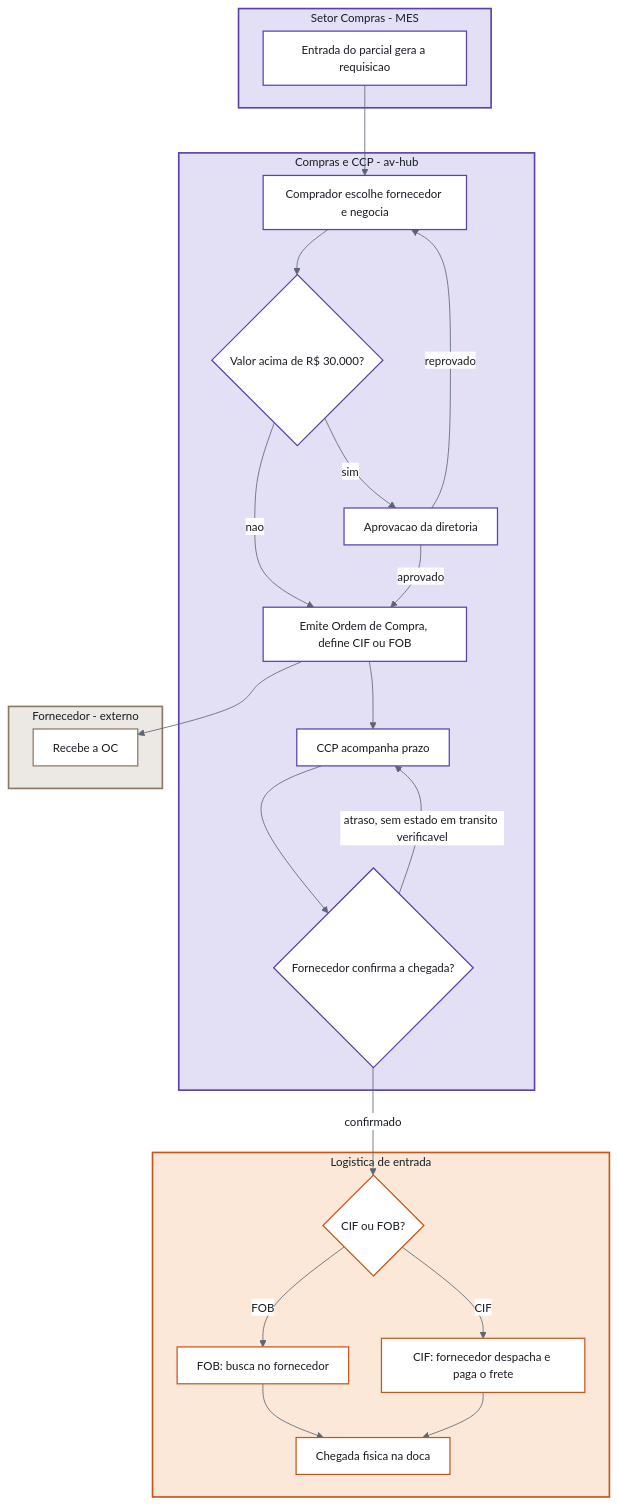
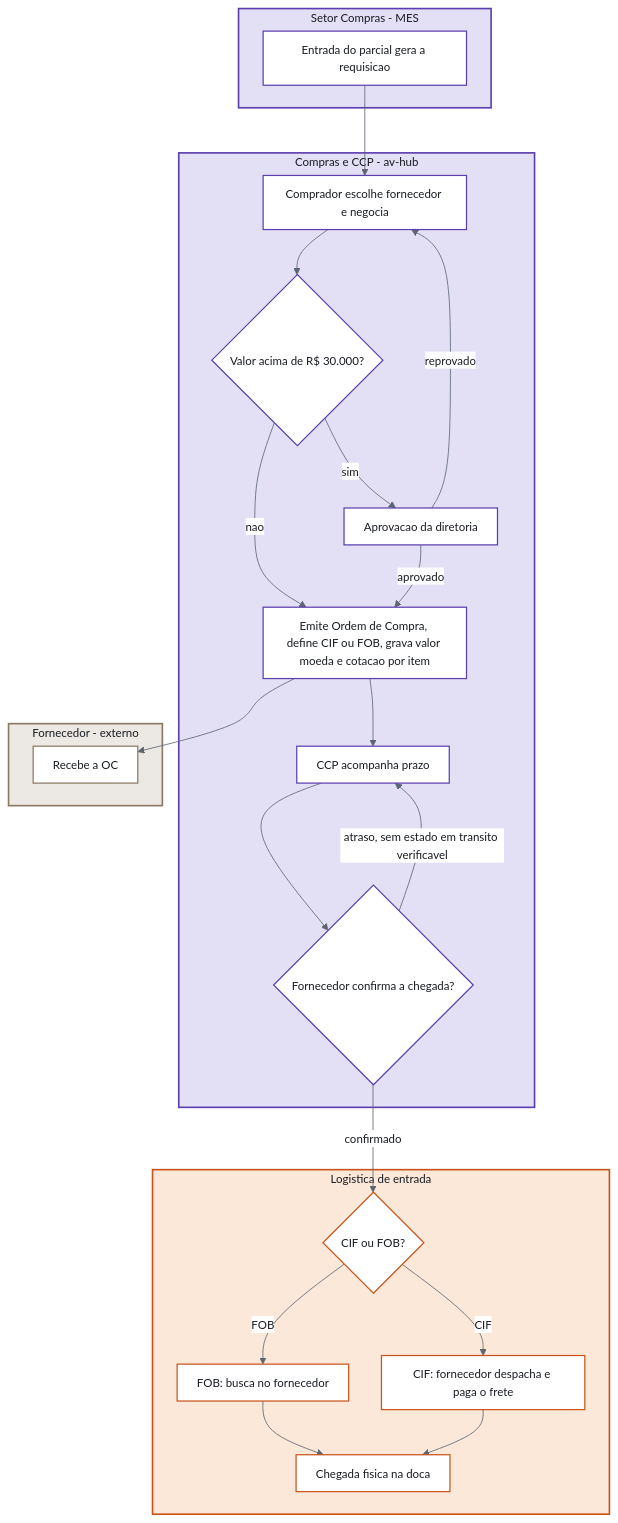
The second of 6 diagrams in 01-Fluxo-Operacional/Fluxogramas-Completos.md (Acosvital/vault-avhub-mer), drawn with Mermaid before and after one commit. The commit also changed other lines of this file and 7 other files, not shown here.

First line of the commit message:
docs(vault): custo do lote nos fluxogramas, fluxos de Compras/Recebimento/Estoque, UML e Rota-Revenda

````diff
--- a/01-Fluxo-Operacional/Fluxogramas-Completos.md
+++ b/01-Fluxo-Operacional/Fluxogramas-Completos.md
@@ -227,59 +229,59 @@
 ```mermaid
 %%{init: {'theme': 'base', 'themeVariables': {'primaryColor': '#ffffff', 'primaryTextColor': '#181c22', 'primaryBorderColor': '#33475a', 'lineColor': '#5c6570', 'fontFamily': 'Source Sans 3, sans-serif', 'fontSize': '14px', 'edgeLabelBackground': '#ffffff', 'textColor': '#181c22'}, 'flowchart': {'nodeSpacing': 40, 'rankSpacing': 55, 'padding': 12}}}%%
 flowchart TD
     subgraph SEC_PCP[Setor Compras - MES]
         A[Entrada do parcial gera a requisicao]
     end
 
     subgraph SEC_COMPRAS[Compras e CCP - av-hub]
         B[Comprador escolhe fornecedor e negocia]
         C{Valor acima de R$ 30.000?}
         D[Aprovacao da diretoria]
-        E[Emite Ordem de Compra, define CIF ou FOB]
+        E[Emite Ordem de Compra, define CIF ou FOB, grava valor moeda e cotacao por item]
         H[CCP acompanha prazo]
         I{Fornecedor confirma a chegada?}
         B --> C
         C -->|sim| D
         C -->|nao| E
         D -->|aprovado| E
         D -->|reprovado| B
         E --> H
         H --> I
         I -->|atraso, sem estado em transito verificavel| H
     end
 
     subgraph SEC_FORN[Fornecedor - externo]
         G[Recebe a OC]
     end
 
     subgraph SEC_LOG[Logistica de entrada]
         J{CIF ou FOB?}
         K[FOB: busca no fornecedor]
         L[CIF: fornecedor despacha e paga o frete]
         M[Chegada fisica na doca]
         J -->|FOB| K --> M
         J -->|CIF| L --> M
     end
 
     A --> B
     E --> G
     I -->|confirmado| J
 
     style SEC_PCP fill:#e3e0f5,stroke:#5b3fae,stroke-width:2px,color:#181c22
     style SEC_COMPRAS fill:#e3e0f5,stroke:#5b3fae,stroke-width:2px,color:#181c22
     style SEC_FORN fill:#ece8e3,stroke:#8a7a63,stroke-width:2px,color:#181c22
     style SEC_LOG fill:#fbe8d9,stroke:#c9541a,stroke-width:2px,color:#181c22
 
     style A fill:#ffffff,stroke:#5b3fae,stroke-width:1.5px,color:#181c22
     style B fill:#ffffff,stroke:#5b3fae,stroke-width:1.5px,color:#181c22
     style C fill:#ffffff,stroke:#5b3fae,stroke-width:1.5px,color:#181c22
     style D fill:#ffffff,stroke:#5b3fae,stroke-width:1.5px,color:#181c22
     style E fill:#ffffff,stroke:#5b3fae,stroke-width:1.5px,color:#181c22
     style H fill:#ffffff,stroke:#5b3fae,stroke-width:1.5px,color:#181c22
     style I fill:#ffffff,stroke:#5b3fae,stroke-width:1.5px,color:#181c22
     style G fill:#ffffff,stroke:#8a7a63,stroke-width:1.5px,color:#181c22
     style J fill:#ffffff,stroke:#c9541a,stroke-width:1.5px,color:#181c22
     style K fill:#ffffff,stroke:#c9541a,stroke-width:1.5px,color:#181c22
     style L fill:#ffffff,stroke:#c9541a,stroke-width:1.5px,color:#181c22
     style M fill:#ffffff,stroke:#c9541a,stroke-width:1.5px,color:#181c22
 ```
````
